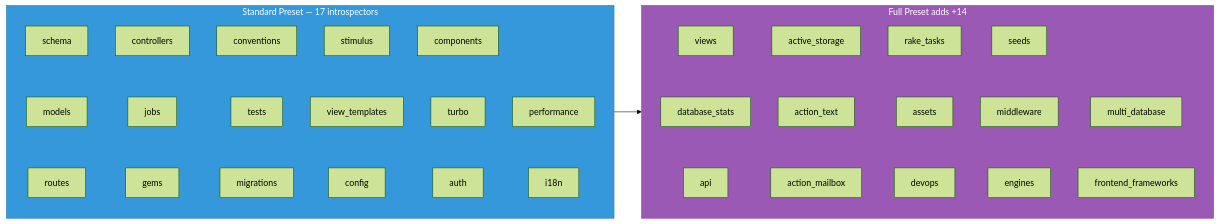
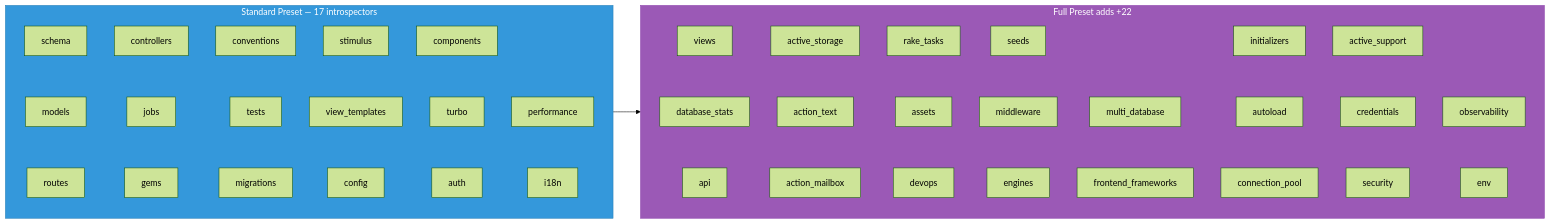
The diagram in docs/INTROSPECTORS.md (crisnahine/rails-ai-context), drawn with Mermaid (forest theme) before and after one commit. The commit also changed other lines of this file and 33 other files, not shown here.

````diff
--- a/docs/INTROSPECTORS.md
+++ b/docs/INTROSPECTORS.md
@@ -40,26 +40,29 @@
 ```mermaid
 graph LR
     subgraph standard["Standard Preset — 17 introspectors"]
         direction TB
         S1["schema"] ~~~ S2["models"] ~~~ S3["routes"]
         S4["controllers"] ~~~ S5["jobs"] ~~~ S6["gems"]
         S7["conventions"] ~~~ S8["tests"] ~~~ S9["migrations"]
         S10["stimulus"] ~~~ S11["view_templates"] ~~~ S12["config"]
         S13["components"] ~~~ S14["turbo"] ~~~ S15["auth"]
         S16["performance"] ~~~ S17["i18n"]
     end
 
-    subgraph full_only["Full Preset adds +14"]
+    subgraph full_only["Full Preset adds +22"]
         direction TB
         F1["views"] ~~~ F2["database_stats"] ~~~ F3["api"]
         F4["active_storage"] ~~~ F5["action_text"] ~~~ F6["action_mailbox"]
         F7["rake_tasks"] ~~~ F8["assets"] ~~~ F9["devops"]
         F10["seeds"] ~~~ F11["middleware"] ~~~ F12["engines"]
         F13["multi_database"] ~~~ F14["frontend_frameworks"]
+        F15["initializers"] ~~~ F16["autoload"] ~~~ F17["connection_pool"]
+        F18["active_support"] ~~~ F19["credentials"] ~~~ F20["security"]
+        F21["observability"] ~~~ F22["env"]
     end
 
     standard --> full_only
 
     style standard fill:#3498db,stroke:#2980b9,color:#fff
     style full_only fill:#9b59b6,stroke:#8e44ad,color:#fff
 ```
````
